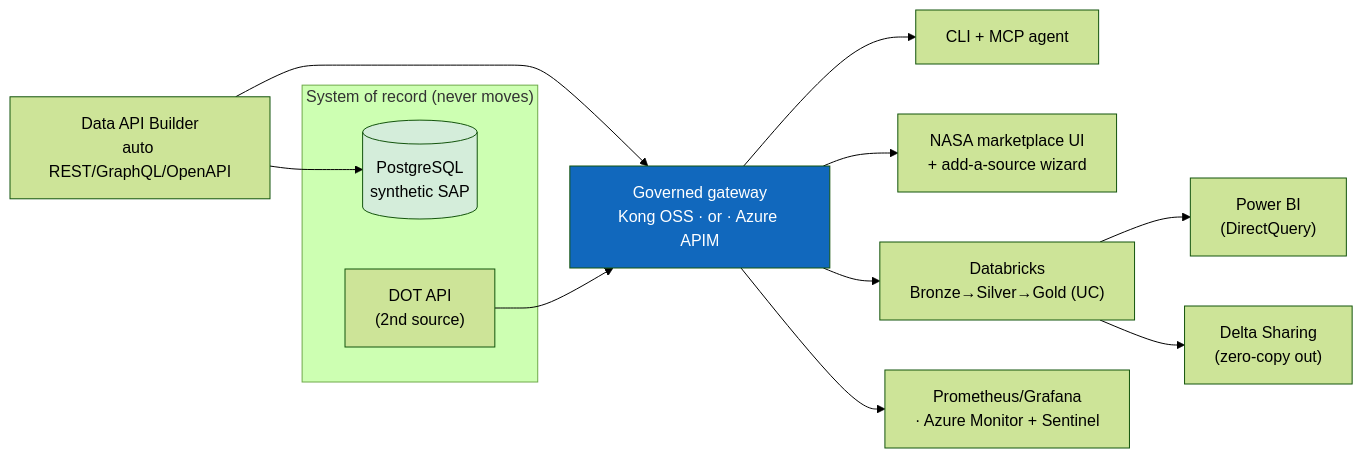
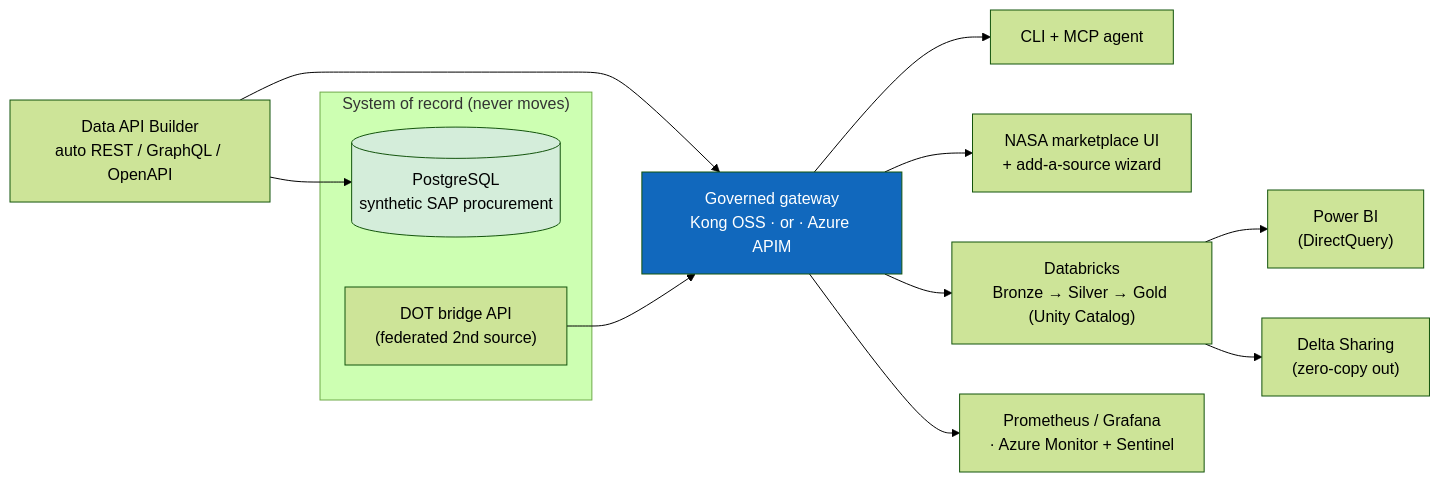
The diagram in docs/DEMO-COMPLETE.md (fgarofalo56/nasa-api-first-poc), drawn with Mermaid (forest theme) before and after one commit. The commit also changed other lines of this file and 40 other files, not shown here.

````diff
--- a/docs/DEMO-COMPLETE.md
+++ b/docs/DEMO-COMPLETE.md
@@ -48,19 +98,19 @@
 ```mermaid
 flowchart LR
     subgraph sor["System of record (never moves)"]
-        PG[("PostgreSQL<br/>synthetic SAP")]
-        DOT["DOT API<br/>(2nd source)"]
+        PG[("PostgreSQL<br/>synthetic SAP procurement")]
+        DOT["DOT bridge API<br/>(federated 2nd source)"]
     end
-    DAB["Data API Builder<br/>auto REST/GraphQL/OpenAPI"] --> PG
+    DAB["Data API Builder<br/>auto REST / GraphQL / OpenAPI"] --> PG
     GW["Governed gateway<br/>Kong OSS · or · Azure APIM"]
     DAB --> GW
     DOT --> GW
     GW --> CLI["CLI + MCP agent"]
     GW --> UI["NASA marketplace UI<br/>+ add-a-source wizard"]
-    GW --> DBX["Databricks<br/>Bronze→Silver→Gold (UC)"]
+    GW --> DBX["Databricks<br/>Bronze → Silver → Gold (Unity Catalog)"]
     DBX --> PBI["Power BI<br/>(DirectQuery)"]
     DBX --> SHARE["Delta Sharing<br/>(zero-copy out)"]
-    GW --> OBS["Prometheus/Grafana<br/>· Azure Monitor + Sentinel"]
+    GW --> OBS["Prometheus / Grafana<br/>· Azure Monitor + Sentinel"]
     style GW fill:#1168bd,color:#fff
     style PG fill:#d4edda
 ```
````
